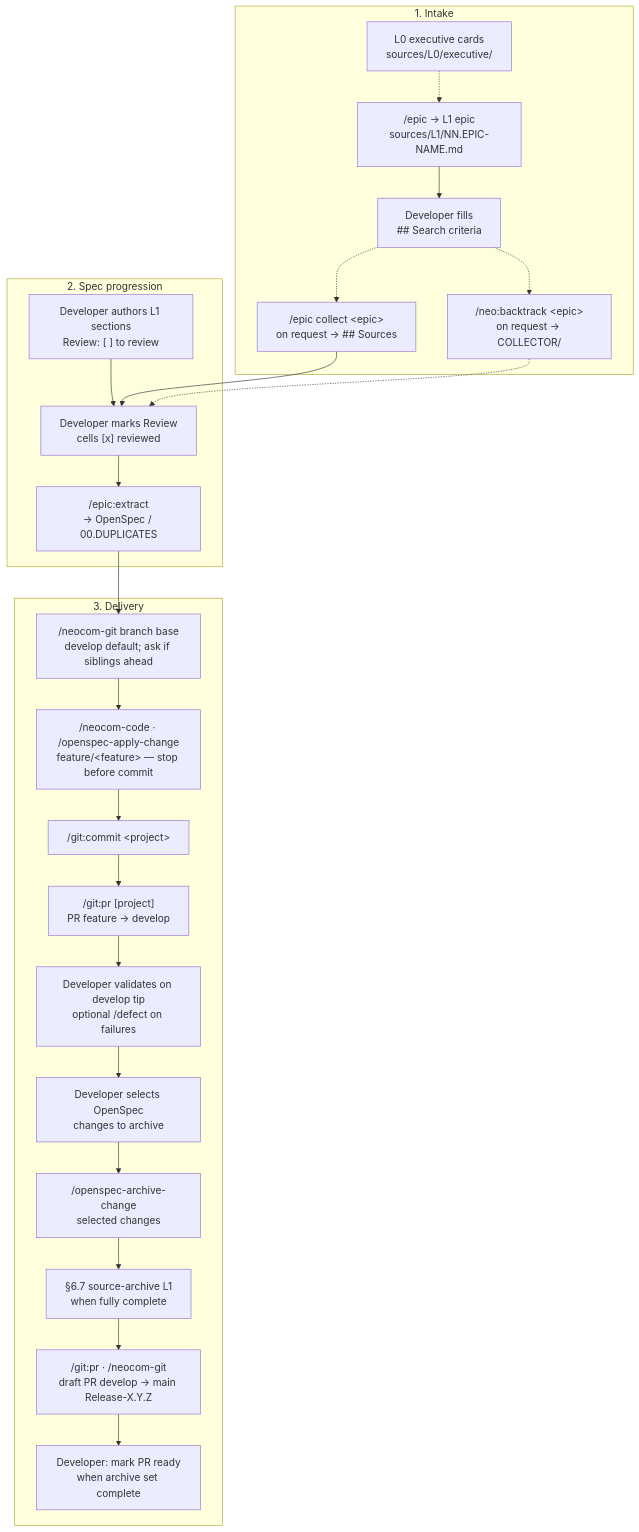
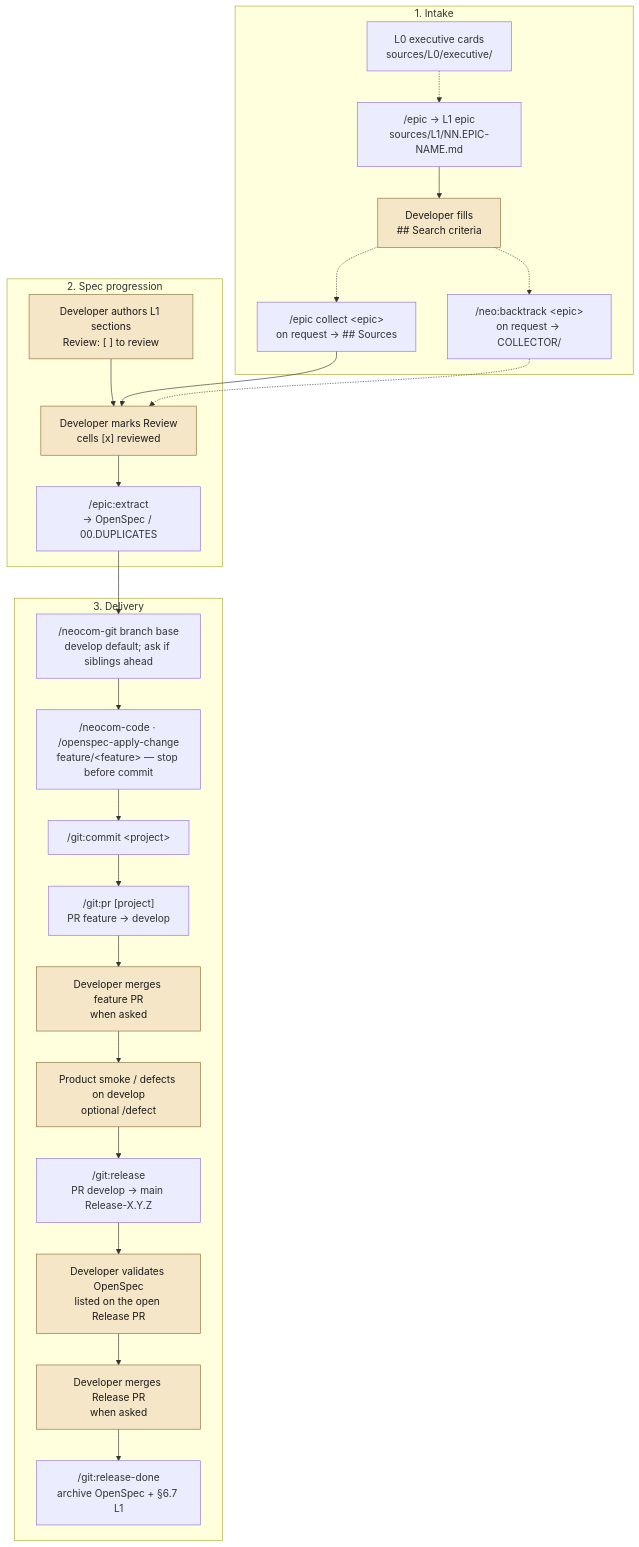
Before and after one commit to AdamAntinoo/neocom-meta: the first of 9 diagrams in .dsh/METHODOLOGY.md, drawn with Mermaid. The commit also changed other lines of this file and 15 other files, not shown here.

First line of the commit message:
feat(meta): add /git:release flow and archive validated defects

````diff
--- a/.dsh/METHODOLOGY.md
+++ b/.dsh/METHODOLOGY.md
@@ -22,39 +24,41 @@
 ```mermaid
 flowchart TB
   subgraph intake["1. Intake"]
     L0["L0 executive cards<br/>sources/L0/executive/"]
     epic["/epic → L1 epic<br/>sources/L1/NN.EPIC-NAME.md"]
-    criteria["Developer fills<br/>## Search criteria"]
+    criteria["Developer fills<br/>## Search criteria"]:::manual
     cards["/epic collect &lt;epic&gt;<br/>on request → ## Sources"]
     backtrack["/neo:backtrack &lt;epic&gt;<br/>on request → COLLECTOR/"]
     L0 -.-> epic
     epic --> criteria
     criteria -.-> cards
     criteria -.-> backtrack
   end
 
   subgraph progression["2. Spec progression"]
-    author["Developer authors L1 sections<br/>Review: [ ] to review"]
-    review["Developer marks Review<br/>cells [x] reviewed"]
+    author["Developer authors L1 sections<br/>Review: [ ] to review"]:::manual
+    review["Developer marks Review<br/>cells [x] reviewed"]:::manual
     extract["/epic:extract<br/>→ OpenSpec / 00.DUPLICATES"]
     author --> review --> extract
   end
 
   subgraph delivery["3. Delivery"]
     base["/neocom-git branch base<br/>develop default; ask if siblings ahead"]
     apply["/neocom-code · /openspec-apply-change<br/>feature/&lt;feature&gt; — stop before commit"]
     commit["/git:commit &lt;project&gt;"]
     prDev["/git:pr [project]<br/>PR feature → develop"]
-    val["Developer validates on develop tip<br/>optional /defect on failures"]
-    pick["Developer selects OpenSpec<br/>changes to archive"]
-    archive["/openspec-archive-change<br/>selected changes"]
-    srcArch["§6.7 source-archive L1<br/>when fully complete"]
-    draft["/git:pr · /neocom-git<br/>draft PR develop → main Release-X.Y.Z"]
-    ready["Developer: mark PR ready<br/>when archive set complete"]
-    base --> apply --> commit --> prDev --> val --> pick --> archive --> srcArch --> draft --> ready
+    mergeDev["Developer merges feature PR<br/>when asked"]:::manual
+    productVal["Product smoke / defects on develop<br/>optional /defect"]:::manual
+    release["/git:release<br/>PR develop → main Release-X.Y.Z"]
+    osVal["Developer validates OpenSpec<br/>listed on the open Release PR"]:::manual
+    mergeRel["Developer merges Release PR<br/>when asked"]:::manual
+    releaseDone["/git:release-done<br/>archive OpenSpec + §6.7 L1"]
+    base --> apply --> commit --> prDev --> mergeDev --> productVal --> release --> osVal --> mergeRel --> releaseDone
   end
 
   cards --> review
   backtrack -.-> review
   extract --> base
+
+  classDef manual fill:#f5e6c8,stroke:#8a6d3b,color:#1a1a1a
 ```
````
